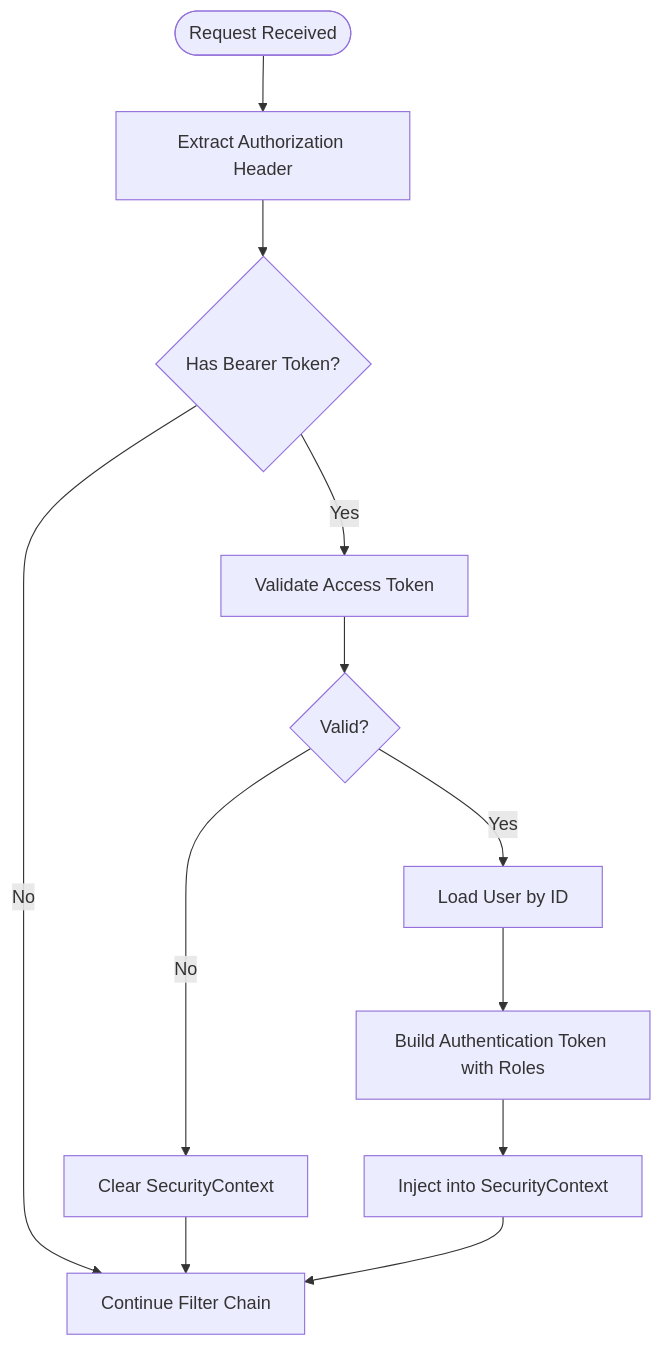
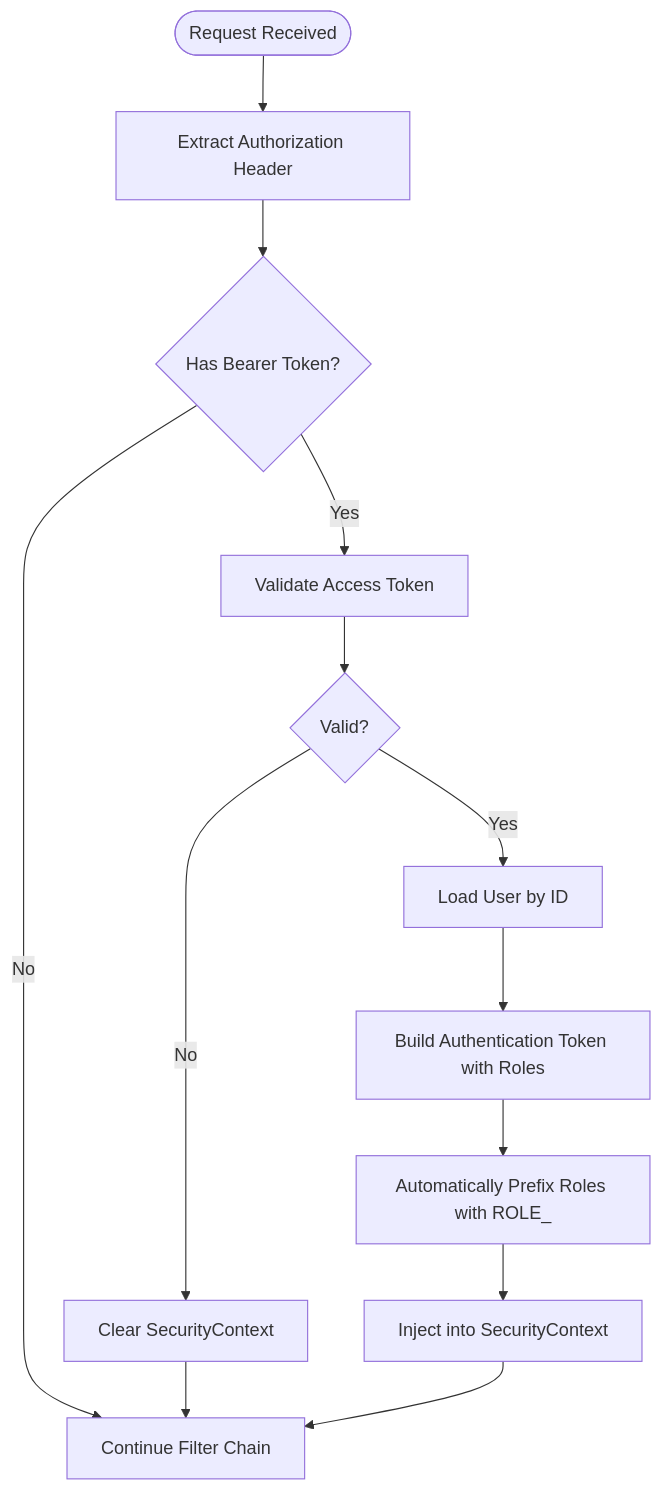
One commit to Vostrikov2014/vks-qoder changed the third of 7 diagrams in .qoder/repowiki/en/content/Security Implementation/Security Implementation.md. Above: the diagram before and after it, drawn with Mermaid. The commit also changed other lines of this file and 15 other files, not shown here.

````diff
--- a/.qoder/repowiki/en/content/Security Implementation/Security Implementation.md
+++ b/.qoder/repowiki/en/content/Security Implementation/Security Implementation.md
@@ -176,13 +195,14 @@
 ```mermaid
 flowchart TD
 Start(["Request Received"]) --> Extract["Extract Authorization Header"]
 Extract --> HasToken{"Has Bearer Token?"}
 HasToken --> |No| Continue["Continue Filter Chain"]
 HasToken --> |Yes| Validate["Validate Access Token"]
 Validate --> Valid{"Valid?"}
 Valid --> |No| ClearCtx["Clear SecurityContext"] --> Continue
 Valid --> |Yes| LoadUser["Load User by ID"]
 LoadUser --> BuildAuth["Build Authentication Token with Roles"]
-BuildAuth --> Inject["Inject into SecurityContext"]
+BuildAuth --> PrefixRoles["Automatically Prefix Roles with ROLE_"]
+PrefixRoles --> Inject["Inject into SecurityContext"]
 Inject --> Continue
 ```
````
